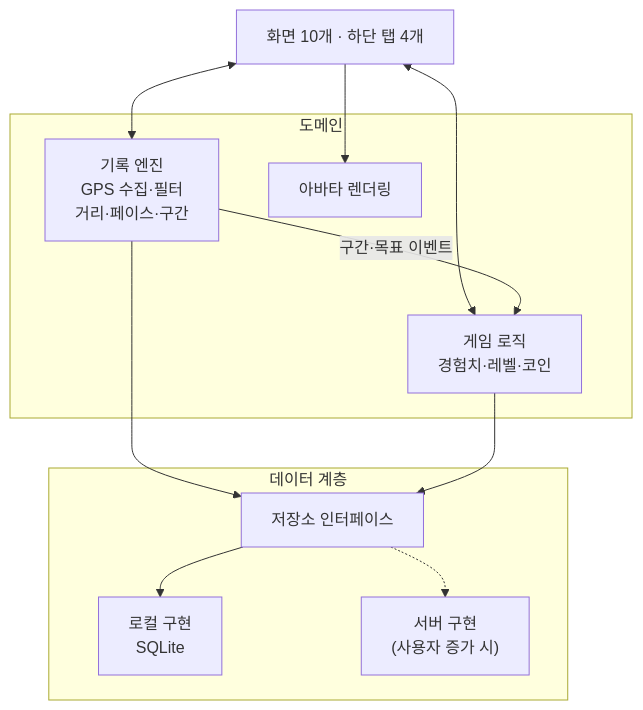
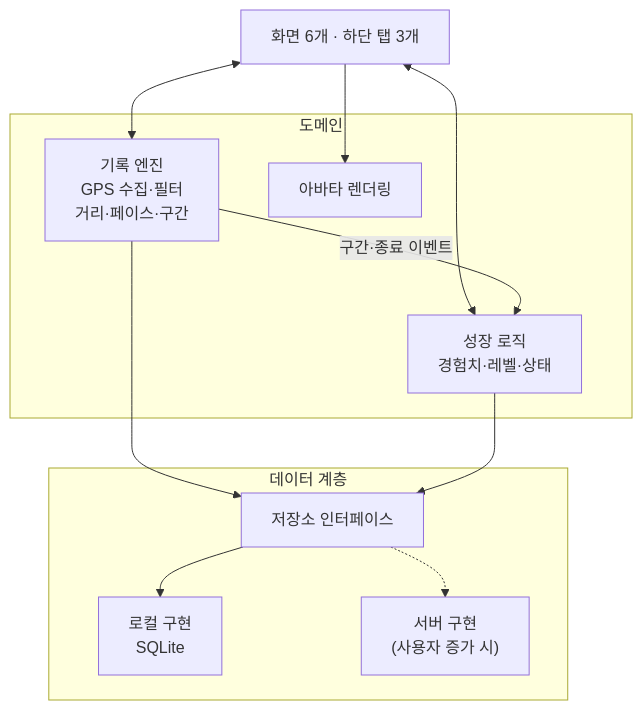
The diagram in docs/architecture.md (dhkim1522/runmagochi), drawn with Mermaid before and after one commit. The commit also changed other lines of this file and 11 other files, not shown here.

````diff
--- a/docs/architecture.md
+++ b/docs/architecture.md
@@ -27,22 +22,22 @@
 ```mermaid
 flowchart TB
-    UI["화면 10개 · 하단 탭 4개"]
+    UI["화면 6개 · 하단 탭 3개"]
     subgraph Domain["도메인"]
         Engine["기록 엔진<br/>GPS 수집·필터<br/>거리·페이스·구간"]
-        Game["게임 로직<br/>경험치·레벨·코인"]
+        Growth["성장 로직<br/>경험치·레벨·상태"]
         Avatar["아바타 렌더링"]
     end
     subgraph Data["데이터 계층"]
         Repo["저장소 인터페이스"]
         Local["로컬 구현<br/>SQLite"]
         Remote["서버 구현<br/>(사용자 증가 시)"]
     end
     UI <--> Engine
-    UI <--> Game
+    UI <--> Growth
     UI --> Avatar
-    Engine -- "구간·목표 이벤트" --> Game
+    Engine -- "구간·종료 이벤트" --> Growth
     Engine --> Repo
-    Game --> Repo
+    Growth --> Repo
     Repo --> Local
     Repo -.-> Remote
 ```
````
